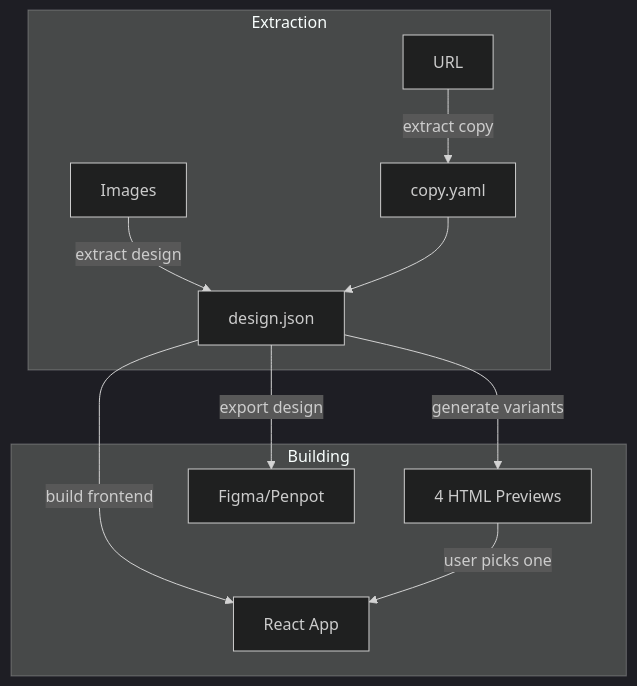
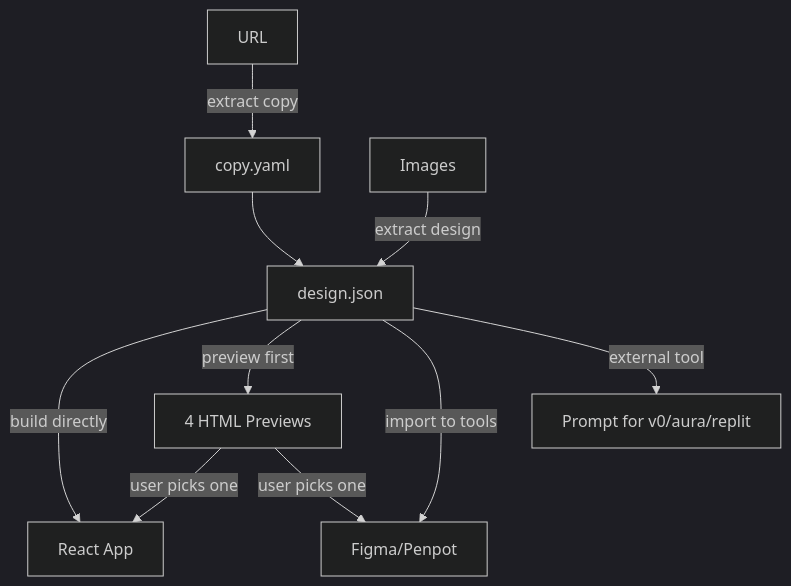
The diagram in skills/(design)/design-builder/README.md (adeonir/agent-skills), drawn with Mermaid (dark theme) before and after one commit. The commit also changed other lines of this file and 6 other files, not shown here.

Commit message:
fix: separate decision tree into extraction and building phases

````diff
--- a/skills/(design)/design-builder/README.md
+++ b/skills/(design)/design-builder/README.md
@@ -7,16 +7,12 @@
 ```mermaid
 flowchart TD
-    subgraph Extraction
-        A[URL] -->|extract copy| B[copy.yaml]
-        C[Images] -->|extract design| D[design.json]
-    end
-
+    A[URL] -->|extract copy| B[copy.yaml]
+    C[Images] -->|extract design| D[design.json]
     B --> D
-
-    subgraph Building
-        D -->|build frontend| E[React App]
-        D -->|generate variants| F[4 HTML Previews]
-        D -->|export design| G[Figma/Penpot]
-        F -->|user picks one| E
-    end
+    D -->|build directly| E[React App]
+    D -->|preview first| F[4 HTML Previews]
+    D -->|import to tools| G[Figma/Penpot]
+    D -->|external tool| H[Prompt for v0/aura/replit]
+    F -->|user picks one| E
+    F -->|user picks one| G
 ```
````
